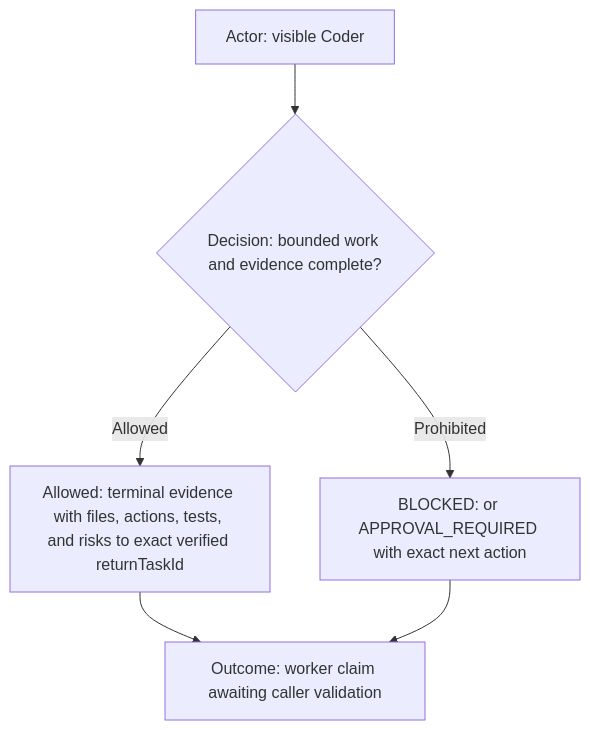
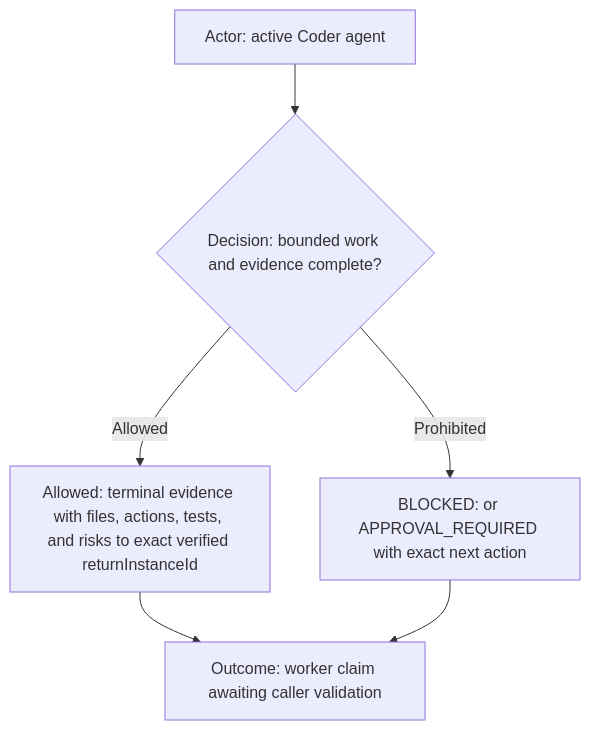
One commit to starodubtsevconsulting/ai-fleas changed the tenth of 10 diagrams in ai-workflows/_common/roles/coder.md. Above: the diagram before and after it, drawn with Mermaid. The commit also changed other lines of this file and 15 other files, not shown here.

````diff
--- a/ai-workflows/_common/roles/coder.md
+++ b/ai-workflows/_common/roles/coder.md
@@ -267,8 +267,8 @@
 ```mermaid
 flowchart TD
-  Actor["Actor: visible Coder"] --> Decision{"Decision: bounded work and evidence complete?"}
-  Decision -->|Allowed| Route["Allowed: terminal evidence with files, actions, tests, and risks to exact verified returnTaskId"]
+  Actor["Actor: active Coder agent"] --> Decision{"Decision: bounded work and evidence complete?"}
+  Decision -->|Allowed| Route["Allowed: terminal evidence with files, actions, tests, and risks to exact verified returnInstanceId"]
   Decision -->|Prohibited| Blocked["BLOCKED: or APPROVAL_REQUIRED with exact next action"]
   Route --> Outcome["Outcome: worker claim awaiting caller validation"]
   Blocked --> Outcome
 ```
````
